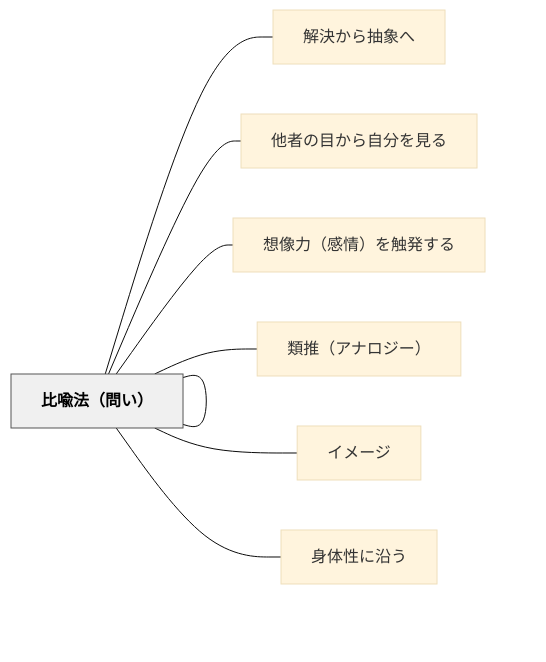
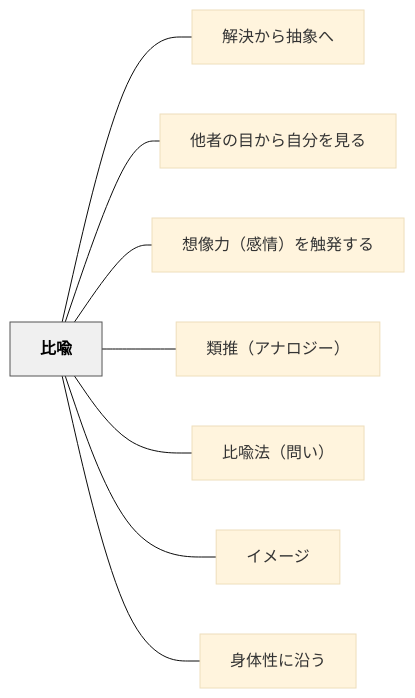
Before and after one commit to unknownthings-ed-patterns/unknownthings-ed-patterns: the diagram in content/パタン/比喩.md, drawn with Mermaid (base theme). The commit also changed 527 other files, not shown here.

````diff
--- a/content/パタン/比喩.md
+++ b/content/パタン/比喩.md
@@ -64,22 +64,22 @@
 ```mermaid
 flowchart LR
     ne6af94e596a9["比喩"]
-    ne8a7a3e6b1ba["解決から抽象へ"]
-    ne4bb96e88085["他者の目から自分を見る"]
-    ne683b3e5838f["想像力（感情）を触発する"]
-    ne9a19ee68ea8["類推（アナロジー）"]
-    ne6af94e596a9["比喩法（問い）"]
-    ne382a4e383a1["イメージ"]
-    ne8baabe4bd93["身体性に沿う"]
+    ne8a7a3e6b1bae3818be38289e68abde8b1a1e381b8["解決から抽象へ"]
+    ne4bb96e88085e381aee79baee3818be38289e887aae58886e38292e8a68be3828b["他者の目から自分を見る"]
+    ne683b3e5838fe58a9befbc88e6849fe68385efbc89e38292e8a7a6e799bae38199e3828b["想像力（感情）を触発する"]
+    ne9a19ee68ea8efbc88e382a2e3838ae383ade382b8e383bcefbc89["類推（アナロジー）"]
+    ne6af94e596a9e6b395efbc88e5958fe38184efbc89["比喩法（問い）"]
+    ne382a4e383a1e383bce382b8["イメージ"]
+    ne8baabe4bd93e680a7e381abe6b2bfe38186["身体性に沿う"]
 
-    ne6af94e596a9 --- ne8a7a3e6b1ba
-    ne6af94e596a9 --- ne4bb96e88085
-    ne6af94e596a9 --- ne683b3e5838f
-    ne6af94e596a9 --- ne9a19ee68ea8
-    ne6af94e596a9 --- ne6af94e596a9
-    ne6af94e596a9 --- ne382a4e383a1
-    ne6af94e596a9 --- ne8baabe4bd93
+    ne6af94e596a9 --- ne8a7a3e6b1bae3818be38289e68abde8b1a1e381b8
+    ne6af94e596a9 --- ne4bb96e88085e381aee79baee3818be38289e887aae58886e38292e8a68be3828b
+    ne6af94e596a9 --- ne683b3e5838fe58a9befbc88e6849fe68385efbc89e38292e8a7a6e799bae38199e3828b
+    ne6af94e596a9 --- ne9a19ee68ea8efbc88e382a2e3838ae383ade382b8e383bcefbc89
+    ne6af94e596a9 --- ne6af94e596a9e6b395efbc88e5958fe38184efbc89
+    ne6af94e596a9 --- ne382a4e383a1e383bce382b8
+    ne6af94e596a9 --- ne8baabe4bd93e680a7e381abe6b2bfe38186
 
     classDef hub fill:#f0f0f0,stroke:#555,color:#000,font-weight:bold
     class ne6af94e596a9 hub
 ```
````
